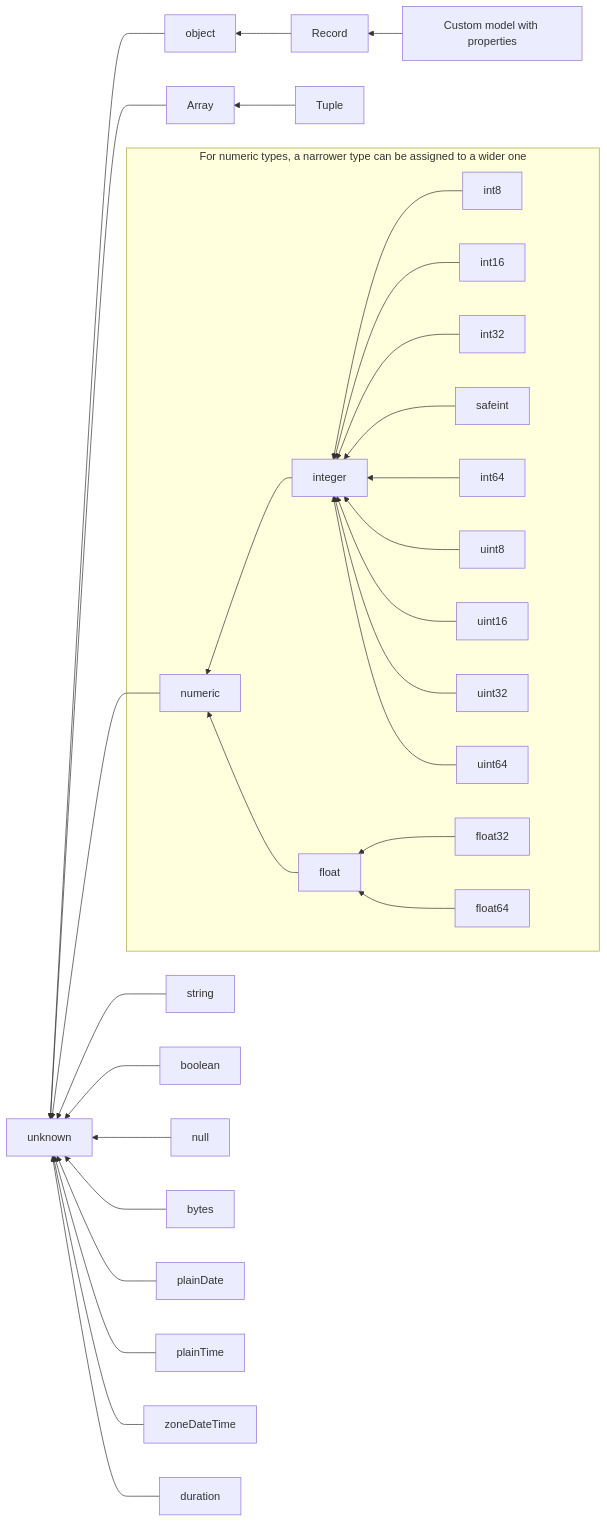
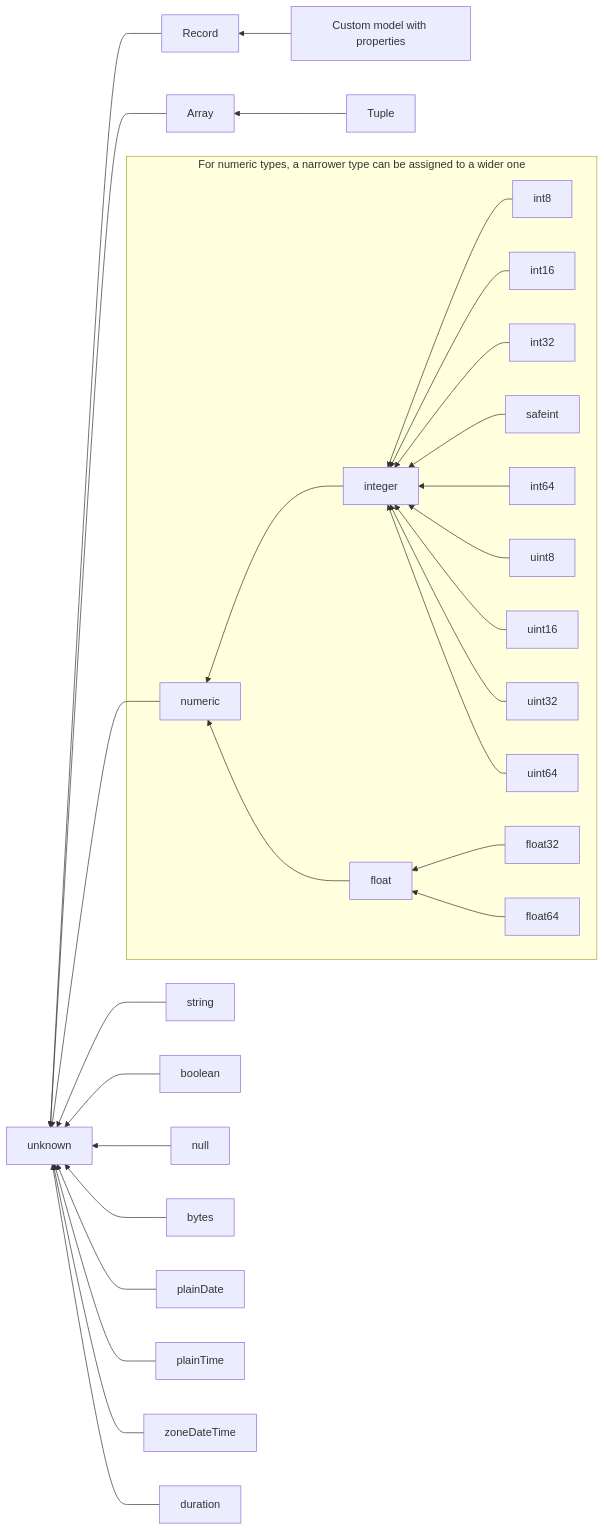
One commit to microsoft/typespec changed the diagram in docs/language-basics/type-relations.md. Above: the diagram before and after it, drawn with Mermaid.

Commit message:
Update type relation graph

````diff
--- a/docs/language-basics/type-relations.md
+++ b/docs/language-basics/type-relations.md
@@ -10,32 +10,31 @@
 ```mermaid
 graph RL
-    object --> unknown
-    record["Record<T>"] --> object
+    record["Record<T>"] --> unknown
     customModel["Custom model with properties"] --> record["Record<T>"]
     array["Array<T>"] --> unknown
     tuple["Tuple"] --> array
     numeric --> unknown
     subgraph numerics[For numeric types, a narrower type can be assigned to a wider one]
       integer --> numeric
         int8 --> integer
         int16 --> integer
         int32 --> integer
         safeint --> integer
         int64 --> integer
         uint8 --> integer
         uint16 --> integer
         uint32 --> integer
         uint64 --> integer
       float --> numeric
         float32 --> float
         float64 -->  float
     end
     string --> unknown
     boolean --> unknown
     null --> unknown
     bytes --> unknown
     plainDate --> unknown
     plainTime --> unknown
     zoneDateTime --> unknown
     duration --> unknown
 ```
````
